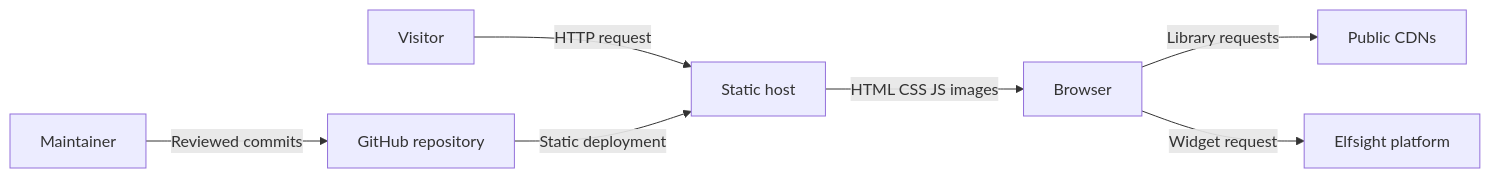
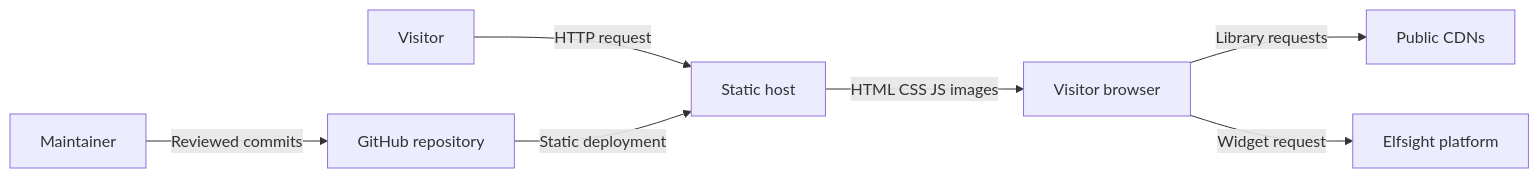
The first of 7 diagrams in docs/diagrams.md (Brajesh31/Art-Gallery), drawn with Mermaid before and after one commit. The commit also changed other lines of this file, not shown here.

Commit message:
Expand architecture, sequence, DFD and deployment diagrams

````diff
--- a/docs/diagrams.md
+++ b/docs/diagrams.md
@@ -7,9 +7,9 @@
 ```mermaid
 flowchart LR
-  Visitor[Visitor] -->|HTTP request| StaticHost[Static host]
-  StaticHost -->|HTML CSS JS images| Browser[Browser]
+  Visitor[Visitor] -->|HTTP request| Host[Static host]
+  Host -->|HTML CSS JS images| Browser[Visitor browser]
   Browser -->|Library requests| CDN[Public CDNs]
-  Browser -->|Widget request| Elfsight[Elfsight platform]
+  Browser -->|Widget request| Widget[Elfsight platform]
   Maintainer[Maintainer] -->|Reviewed commits| GitHub[GitHub repository]
-  GitHub -->|Static deployment| StaticHost
+  GitHub -->|Static deployment| Host
 ```
````
